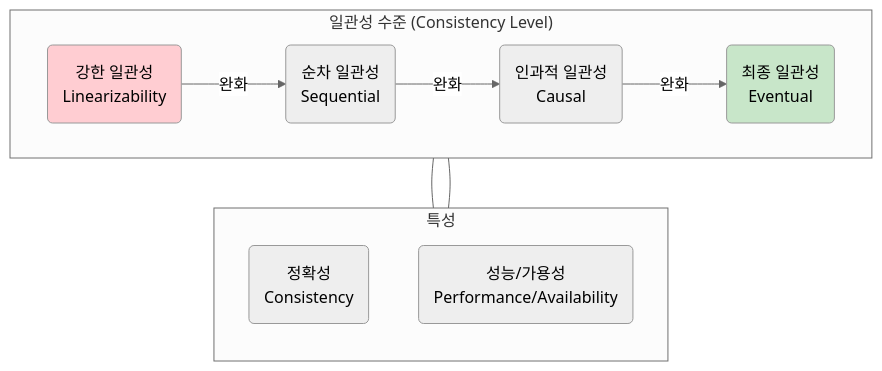
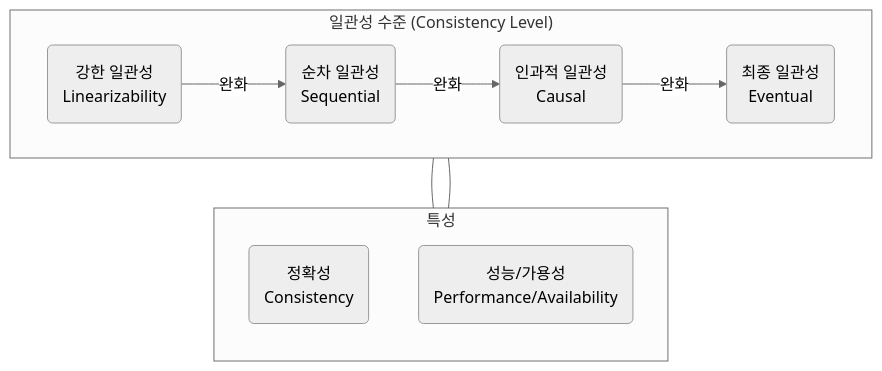
The diagram in docs/1-cs-전공-지식/1-6-분산-시스템/consistency-models.md (harimkang/ai-engineer-guide), drawn with Mermaid (neutral theme) before and after one commit. The commit also changed 45 other files, not shown here.

````diff
--- a/docs/1-cs-전공-지식/1-6-분산-시스템/consistency-models.md
+++ b/docs/1-cs-전공-지식/1-6-분산-시스템/consistency-models.md
@@ -48,26 +48,23 @@
 ```mermaid
 graph TD
     subgraph "일관성 수준 (Consistency Level)"
         direction LR
         Strong("강한 일관성<br>Linearizability")
         Seq("순차 일관성<br>Sequential")
         Causal("인과적 일관성<br>Causal")
         Eventual("최종 일관성<br>Eventual")
     end
     
     Strong -- 완화 --> Seq;
     Seq -- 완화 --> Causal;
     Causal -- 완화 --> Eventual;
 
     subgraph "특성"
         direction TB
         Acc("정확성<br>Consistency")
         Perf("성능/가용성<br>Performance/Availability")
     end
 
     Strong --- Acc;
     Eventual --- Perf;
-
-    style Strong fill:#ffcdd2
-    style Eventual fill:#c8e6c9
 ```
````
